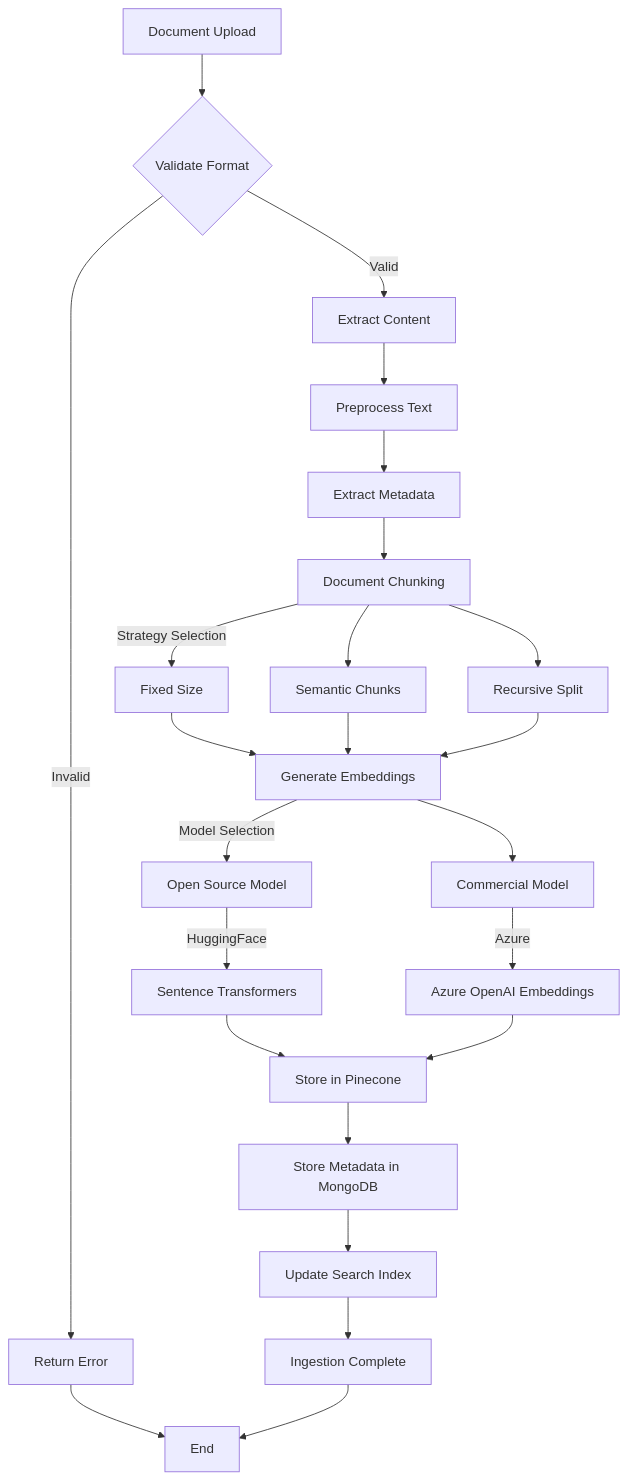
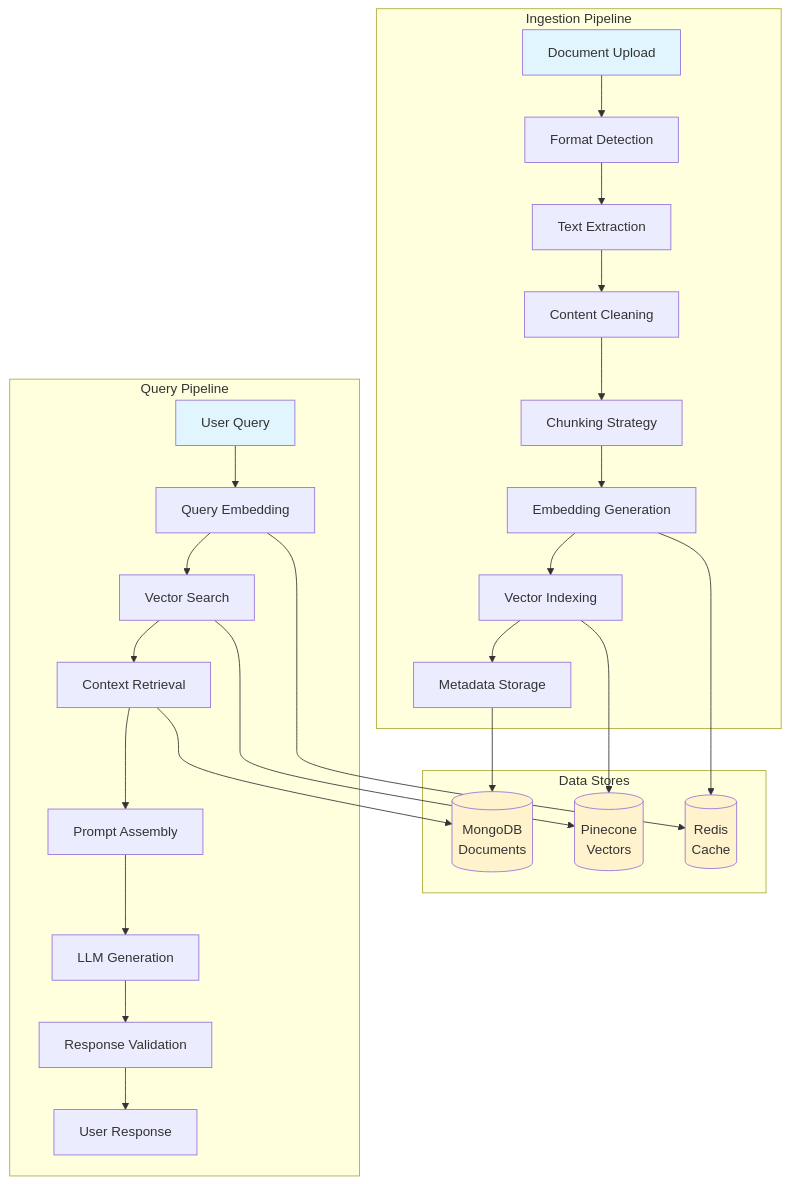
The fifth of 10 diagrams in index.md (centricity-ai/doc-ai-cx-assist), drawn with Mermaid before and after one commit. The commit also changed other lines of this file and 8 other files, not shown here.

First line of the commit message:
docs: implement clean technical architecture documentation with C4 model diagrams

````diff
--- a/index.md
+++ b/index.md
@@ -250,34 +223,41 @@
 ```mermaid
-flowchart TD
-    START[Document Upload] --> VALIDATE{Validate Format}
-    VALIDATE -->|Invalid| ERROR[Return Error]
-    VALIDATE -->|Valid| EXTRACT[Extract Content]
-    
-    EXTRACT --> PREPROCESS[Preprocess Text]
-    PREPROCESS --> METADATA[Extract Metadata]
-    
-    METADATA --> CHUNK[Document Chunking]
-    CHUNK -->|Strategy Selection| FIXED[Fixed Size]
-    CHUNK --> SEMANTIC[Semantic Chunks]
-    CHUNK --> RECURSIVE[Recursive Split]
-    
-    FIXED --> EMBED_GEN[Generate Embeddings]
-    SEMANTIC --> EMBED_GEN
-    RECURSIVE --> EMBED_GEN
-    
-    EMBED_GEN -->|Model Selection| OSS[Open Source Model]
-    EMBED_GEN --> COMMERCIAL[Commercial Model]
-    
-    OSS -->|HuggingFace| HF[Sentence Transformers]
-    COMMERCIAL -->|Azure| AZURE_EMBED[Azure OpenAI Embeddings]
-    
-    HF --> VECTOR_STORE[Store in Pinecone]
-    AZURE_EMBED --> VECTOR_STORE
-    
-    VECTOR_STORE --> MONGO_STORE[Store Metadata in MongoDB]
-    MONGO_STORE --> INDEX[Update Search Index]
-    INDEX --> SUCCESS[Ingestion Complete]
-    
-    ERROR --> END[End]
-    SUCCESS --> END
+graph TB
+    subgraph "Ingestion Pipeline"
+        A[Document Upload] --> B[Format Detection]
+        B --> C[Text Extraction]
+        C --> D[Content Cleaning]
+        D --> E[Chunking Strategy]
+        E --> F[Embedding Generation]
+        F --> G[Vector Indexing]
+        G --> H[Metadata Storage]
+    end
+
+    subgraph "Query Pipeline"
+        I[User Query] --> J[Query Embedding]
+        J --> K[Vector Search]
+        K --> L[Context Retrieval]
+        L --> M[Prompt Assembly]
+        M --> N[LLM Generation]
+        N --> O[Response Validation]
+        O --> P[User Response]
+    end
+
+    subgraph "Data Stores"
+        Q[(Pinecone<br/>Vectors)]
+        R[(MongoDB<br/>Documents)]
+        S[(Redis<br/>Cache)]
+    end
+
+    G --> Q
+    H --> R
+    K --> Q
+    L --> R
+    J --> S
+    F --> S
+
+    style A fill:#e1f5ff
+    style I fill:#e1f5ff
+    style Q fill:#fff3cd
+    style R fill:#fff3cd
+    style S fill:#fff3cd
 ```
````
